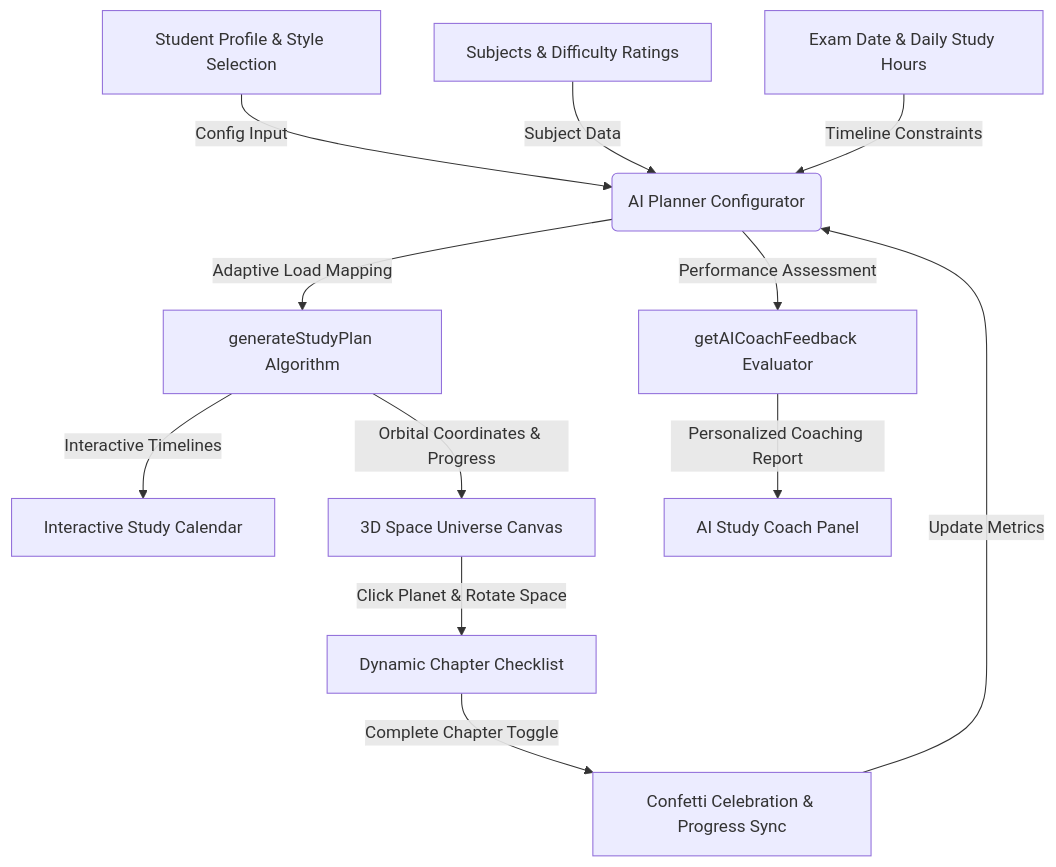
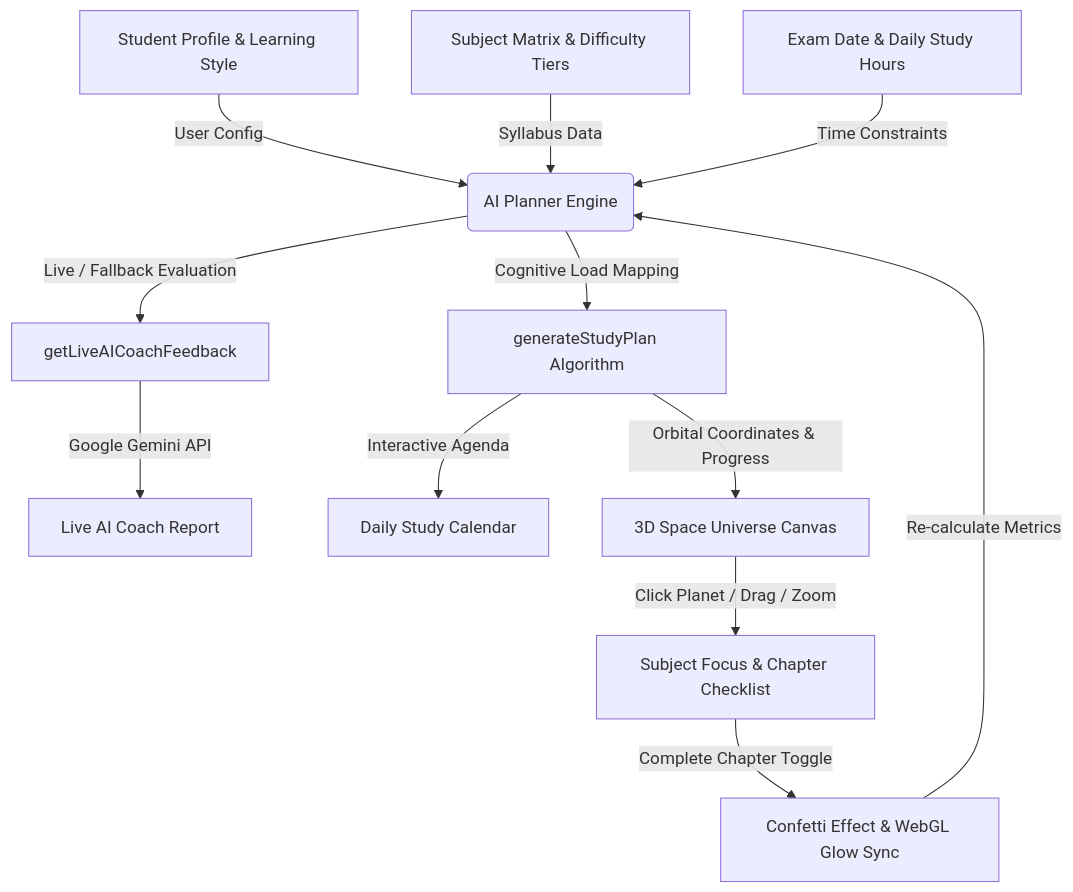
One commit to SPradhan-code/AI-StudyPlanner changed the diagram in README.md. Above: the diagram before and after it, drawn with Mermaid. The commit also changed other lines of this file, not shown here.

Commit message:
Update README with detailed features, Gemini AI integration, and setup instructions

````diff
--- a/README.md
+++ b/README.md
@@ -35,17 +41,18 @@
 ```mermaid
 graph TD
-    A[Student Profile & Style Selection] -->|Config Input| B(AI Planner Configurator)
-    C[Subjects & Difficulty Ratings] -->|Subject Data| B
-    D[Exam Date & Daily Study Hours] -->|Timeline Constraints| B
+    A[Student Profile & Learning Style] -->|User Config| B(AI Planner Engine)
+    C[Subject Matrix & Difficulty Tiers] -->|Syllabus Data| B
+    D[Exam Date & Daily Study Hours] -->|Time Constraints| B
     
-    B -->|Adaptive Load Mapping| E[generateStudyPlan Algorithm]
-    B -->|Performance Assessment| F[getAICoachFeedback Evaluator]
+    B -->|Cognitive Load Mapping| E[generateStudyPlan Algorithm]
+    B -->|Live / Fallback Evaluation| F[getLiveAICoachFeedback]
     
-    E -->|Interactive Timelines| G[Interactive Study Calendar]
-    E -->|Orbital Coordinates & Progress| H[3D Space Universe Canvas]
-    F -->|Personalized Coaching Report| I[AI Study Coach Panel]
+    F -->|Google Gemini API| G[Live AI Coach Report]
     
-    H -->|Click Planet & Rotate Space| J[Dynamic Chapter Checklist]
-    J -->|Complete Chapter Toggle| K[Confetti Celebration & Progress Sync]
-    K -->|Update Metrics| B
+    E -->|Interactive Agenda| H[Daily Study Calendar]
+    E -->|Orbital Coordinates & Progress| I[3D Space Universe Canvas]
+    
+    I -->|Click Planet / Drag / Zoom| J[Subject Focus & Chapter Checklist]
+    J -->|Complete Chapter Toggle| K[Confetti Effect & WebGL Glow Sync]
+    K -->|Re-calculate Metrics| B
 ```
````
